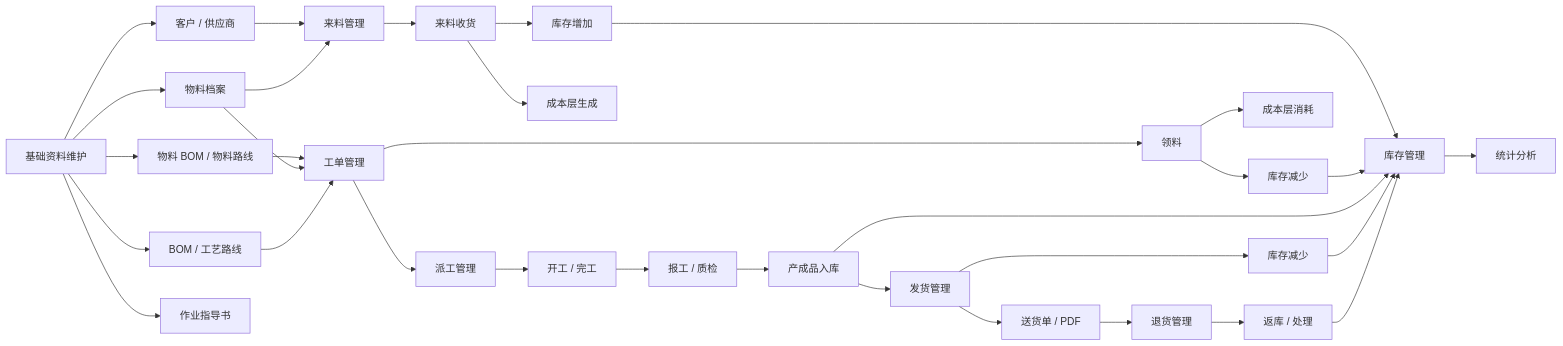
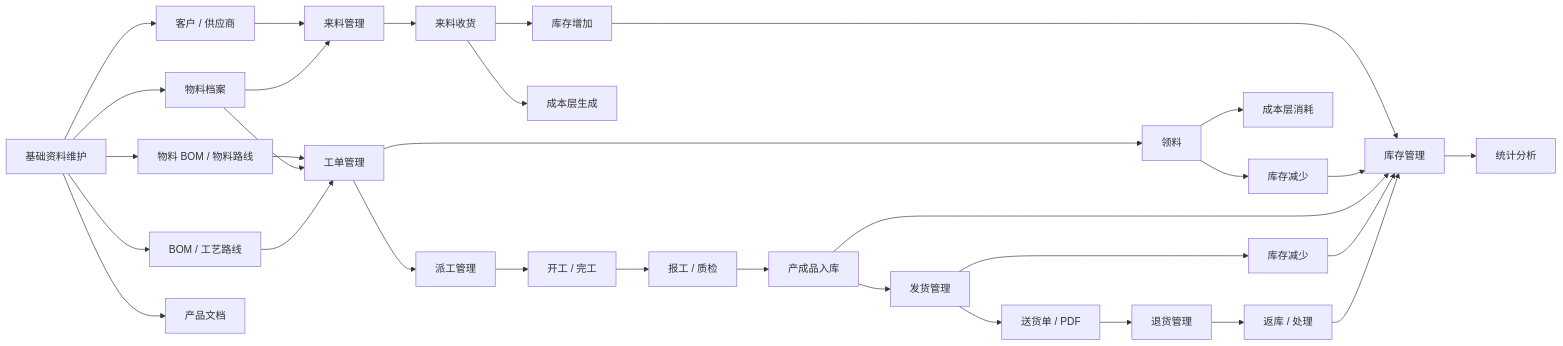
Before and after one commit to goldf2/mes-lite: the second of 7 diagrams in docs/minierp/当前系统建模与结构审查.md, drawn with Mermaid. The commit also changed other lines of this file and 26 other files, not shown here.

````diff
--- a/docs/minierp/当前系统建模与结构审查.md
+++ b/docs/minierp/当前系统建模与结构审查.md
@@ -100,41 +100,41 @@
 ```mermaid
 flowchart LR
   A["基础资料维护"] --> B["物料档案"]
   A --> C["客户 / 供应商"]
   A --> D["物料 BOM / 物料路线"]
   A --> E["BOM / 工艺路线"]
-  A --> F["作业指导书"]
+  A --> F["产品文档"]
 
   C --> G["来料管理"]
   B --> G
   G --> H["来料收货"]
   H --> I["库存增加"]
   H --> J["成本层生成"]
 
   D --> K["工单管理"]
   B --> K
   E --> K
   K --> L["领料"]
   L --> M["库存减少"]
   L --> N["成本层消耗"]
 
   K --> O["派工管理"]
   O --> P["开工 / 完工"]
   P --> Q["报工 / 质检"]
   Q --> R["产成品入库"]
 
   R --> S["发货管理"]
   S --> T["送货单 / PDF"]
   S --> U["库存减少"]
 
   T --> V["退货管理"]
   V --> W["返库 / 处理"]
 
   I --> X["库存管理"]
   M --> X
   R --> X
   U --> X
   W --> X
 
   X --> Y["统计分析"]
 ```
````
